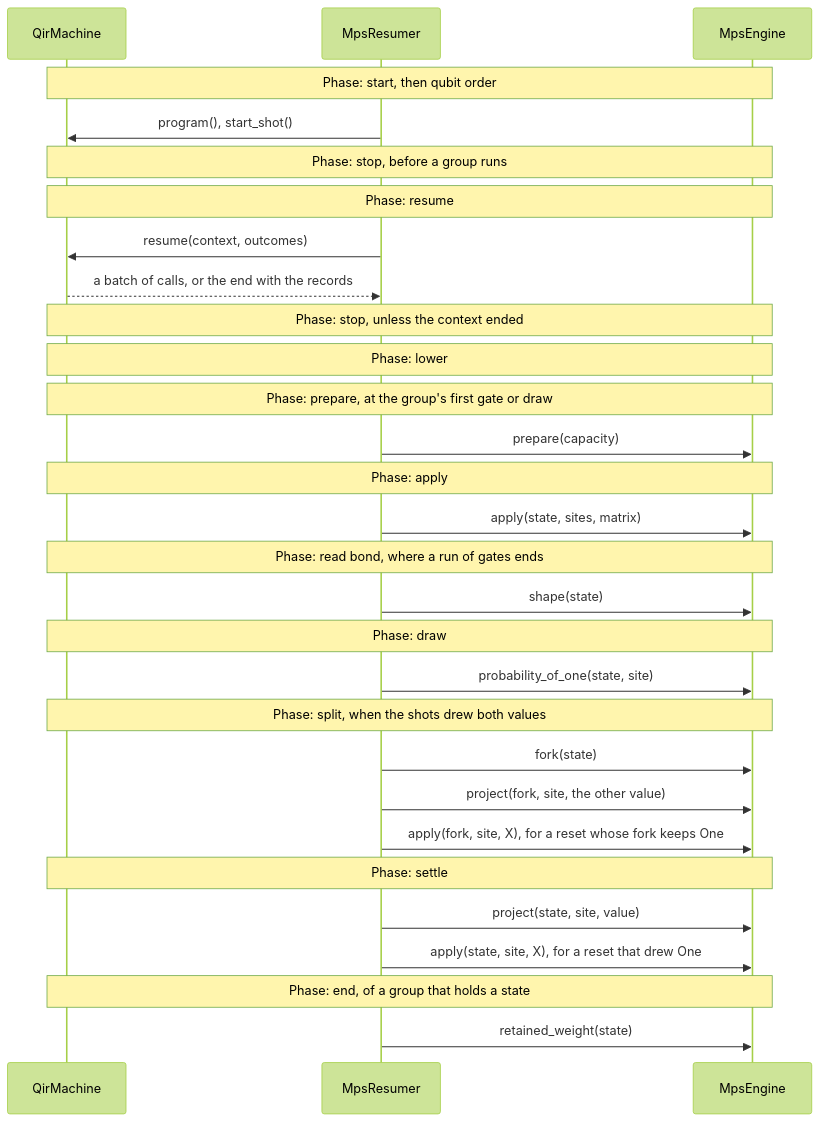
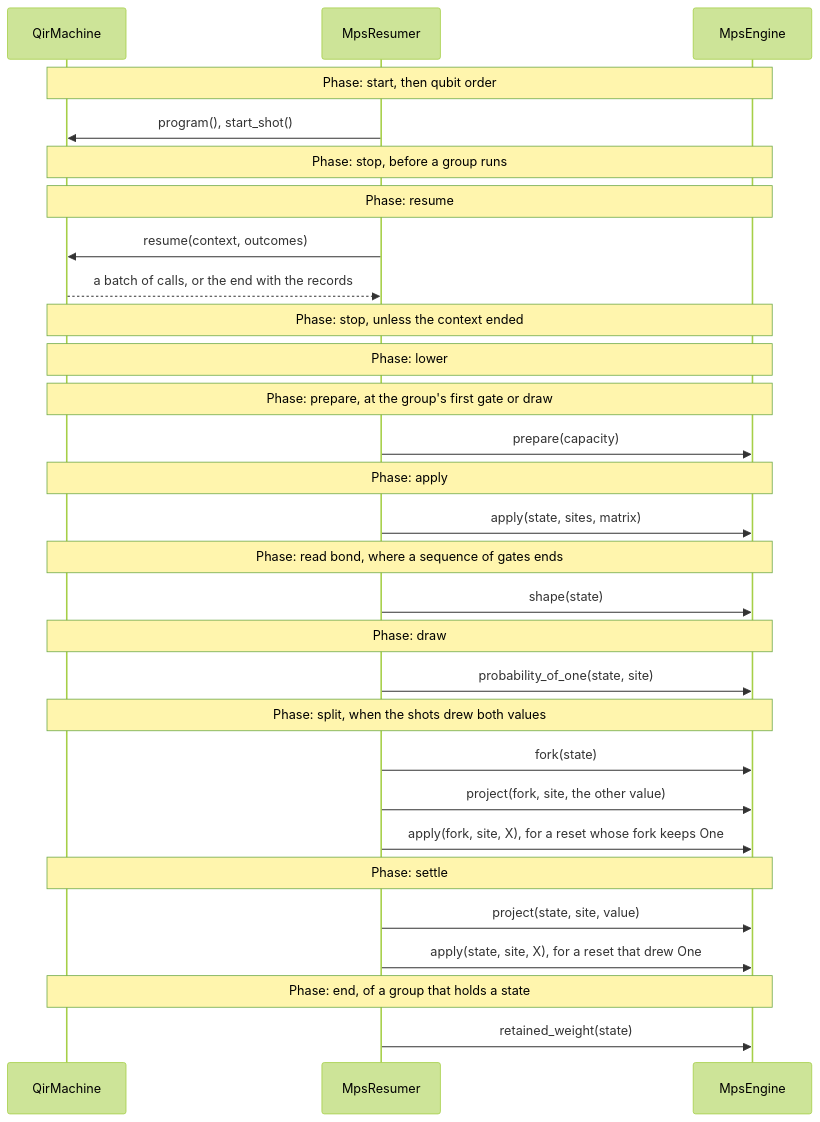
Before and after one commit to microsoft/qdk: the diagram in source/simulators/src/mps_simulator/design.md, drawn with Mermaid (forest theme). The commit also changed other lines of this file and 10 other files, not shown here.

````diff
--- a/source/simulators/src/mps_simulator/design.md
+++ b/source/simulators/src/mps_simulator/design.md
@@ -97,31 +97,31 @@
 ```mermaid
 sequenceDiagram
   participant M as QirMachine
   participant R as MpsResumer
   participant E as MpsEngine
   Note over M,E: Phase: start, then qubit order
   R->>M: program(), start_shot()
   Note over M,E: Phase: stop, before a group runs
   Note over M,E: Phase: resume
   R->>M: resume(context, outcomes)
   M-->>R: a batch of calls, or the end with the records
   Note over M,E: Phase: stop, unless the context ended
   Note over M,E: Phase: lower
   Note over M,E: Phase: prepare, at the group's first gate or draw
   R->>E: prepare(capacity)
   Note over M,E: Phase: apply
   R->>E: apply(state, sites, matrix)
-  Note over M,E: Phase: read bond, where a run of gates ends
+  Note over M,E: Phase: read bond, where a sequence of gates ends
   R->>E: shape(state)
   Note over M,E: Phase: draw
   R->>E: probability_of_one(state, site)
   Note over M,E: Phase: split, when the shots drew both values
   R->>E: fork(state)
   R->>E: project(fork, site, the other value)
   R->>E: apply(fork, site, X), for a reset whose fork keeps One
   Note over M,E: Phase: settle
   R->>E: project(state, site, value)
   R->>E: apply(state, site, X), for a reset that drew One
   Note over M,E: Phase: end, of a group that holds a state
   R->>E: retained_weight(state)
 ```
````
